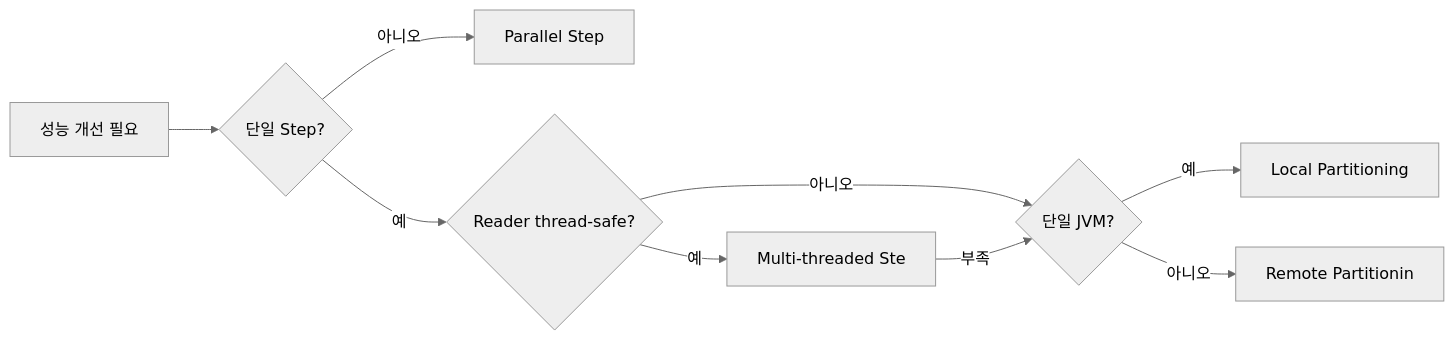
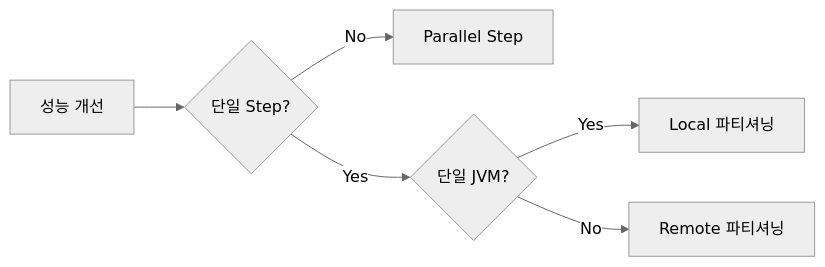
The sixth of 6 diagrams in _posts/batch/2026-05-03-spring-batch-partitioning.md (yjkim2015/yjkim2015.github.io), drawn with Mermaid (neutral theme) before and after one commit. The commit also changed other lines of this file and 163 other files, not shown here.

First line of the commit message:
Mermaid 300개 블록 내용 축소: 5노드 5엣지 이하, 의미 있는 약어

````diff
--- a/_posts/batch/2026-05-03-spring-batch-partitioning.md
+++ b/_posts/batch/2026-05-03-spring-batch-partitioning.md
@@ -615,11 +606,8 @@
 ```mermaid
-flowchart LR
-    A["성능 개선 필요"] --> B{"단일 Step?"}
-    B -->|"아니오"| F["Parallel Step"]
-    B -->|"예"| C{"Reader thread-safe?"}
-    C -->|"예"| D["Multi-threaded Ste"]
-    C -->|"아니오"| E{"단일 JVM?"}
-    D -->|"부족"| E
-    E -->|"예"| L["Local Partitioning"]
-    E -->|"아니오"| K["Remote Partitionin"]
+graph LR
+    A["성능 개선"] --> B{"단일 Step?"}
+    B -->|"No"| F["Parallel Step"]
+    B -->|"Yes"| C{"단일 JVM?"}
+    C -->|"Yes"| L["Local 파티셔닝"]
+    C -->|"No"| K["Remote 파티셔닝"]
 ```
````
